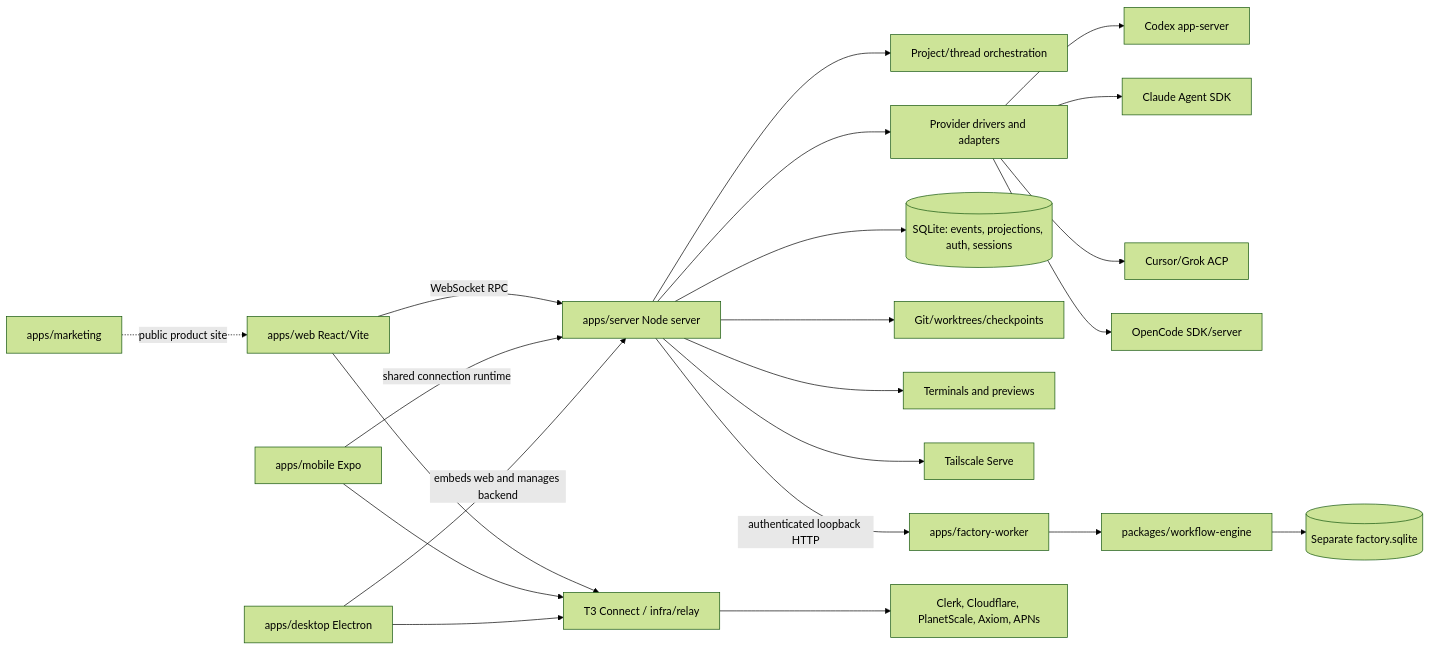
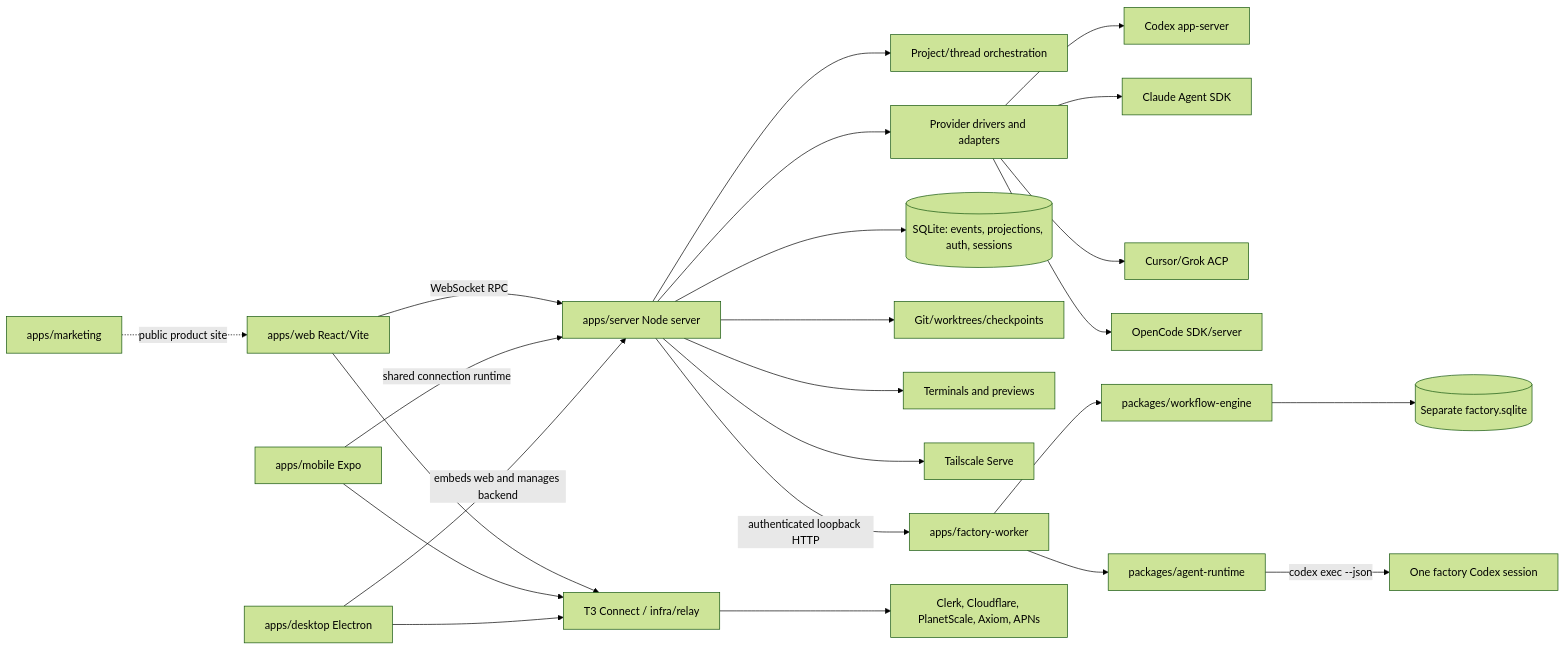
Before and after one commit to mkagp/mkcode: the first of 3 diagrams in docs/mkcode/CURRENT_ARCHITECTURE.md, drawn with Mermaid (forest theme). The commit also changed other lines of this file and 13 other files, not shown here.

````diff
--- a/docs/mkcode/CURRENT_ARCHITECTURE.md
+++ b/docs/mkcode/CURRENT_ARCHITECTURE.md
@@ -18,22 +18,24 @@
 ```mermaid
 flowchart LR
     Web[apps/web React/Vite] -->|WebSocket RPC| Server[apps/server Node server]
     Mobile[apps/mobile Expo] -->|shared connection runtime| Server
     Desktop[apps/desktop Electron] -->|embeds web and manages backend| Server
     Server --> Interactive[Project/thread orchestration]
     Server --> Providers[Provider drivers and adapters]
     Providers --> Codex[Codex app-server]
     Providers --> Claude[Claude Agent SDK]
     Providers --> ACP[Cursor/Grok ACP]
     Providers --> OpenCode[OpenCode SDK/server]
     Server --> SQLite[(SQLite: events, projections, auth, sessions)]
     Server --> Git[Git/worktrees/checkpoints]
     Server --> PTY[Terminals and previews]
     Server --> Tailscale[Tailscale Serve]
     Server -->|authenticated loopback HTTP| Worker[apps/factory-worker]
     Worker --> Engine[packages/workflow-engine]
+    Worker --> AgentRuntime[packages/agent-runtime]
+    AgentRuntime -->|codex exec --json| CodexFactory[One factory Codex session]
     Engine --> FactorySQLite[(Separate factory.sqlite)]
     Web & Mobile & Desktop --> Relay[T3 Connect / infra/relay]
     Relay --> Cloud[Clerk, Cloudflare, PlanetScale, Axiom, APNs]
     Marketing[apps/marketing] -. public product site .-> Web
 ```
````
